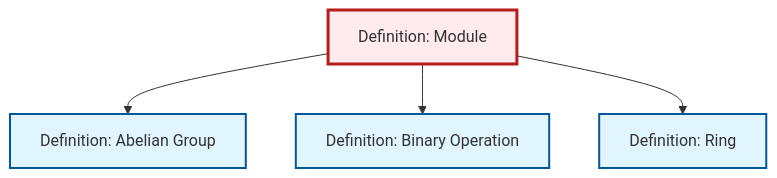
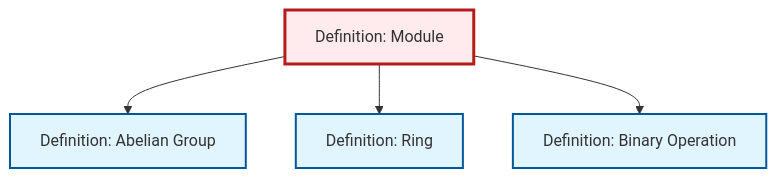
One commit to RK0429/ModernMath changed the diagram in content/ja/algebra/def-module.qmd. Above: the diagram before and after it, drawn with Mermaid. The commit also changed other lines of this file and 615 other files, not shown here.

````diff
--- a/content/ja/algebra/def-module.qmd
+++ b/content/ja/algebra/def-module.qmd
@@ -56,20 +56,20 @@
 ```{mermaid}
 %%| fig-cap: "Local dependency graph"
 graph TD
     classDef definition fill:#e1f5fe,stroke:#01579b,stroke-width:2px
     classDef theorem fill:#f3e5f5,stroke:#4a148c,stroke-width:2px
     classDef axiom fill:#fff3e0,stroke:#e65100,stroke-width:2px
     classDef example fill:#e8f5e9,stroke:#1b5e20,stroke-width:2px
     classDef current fill:#ffebee,stroke:#b71c1c,stroke-width:3px
-    def-module["Definition: Module"]:::definition
-    def-abelian-group["Definition: Abelian Group"]:::definition
     def-ring["Definition: Ring"]:::definition
     def-binary-operation["Definition: Binary Operation"]:::definition
+    def-abelian-group["Definition: Abelian Group"]:::definition
+    def-module["Definition: Module"]:::definition
     def-module --> def-abelian-group
+    def-module --> def-ring
     def-module --> def-binary-operation
-    def-module --> def-ring
     class def-module current
-    click def-abelian-group "def-abelian-group.html" "Definition: Abelian Groupへ"
     click def-ring "def-ring.html" "Definition: Ringへ"
     click def-binary-operation "def-binary-operation.html" "Definition: Binary Operationへ"
+    click def-abelian-group "def-abelian-group.html" "Definition: Abelian Groupへ"
 ```
````
